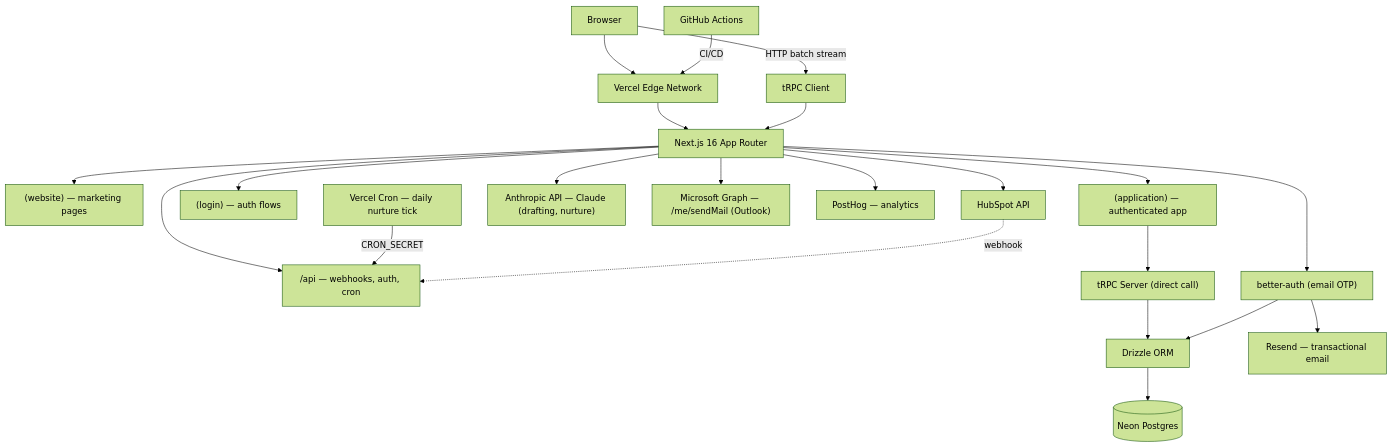
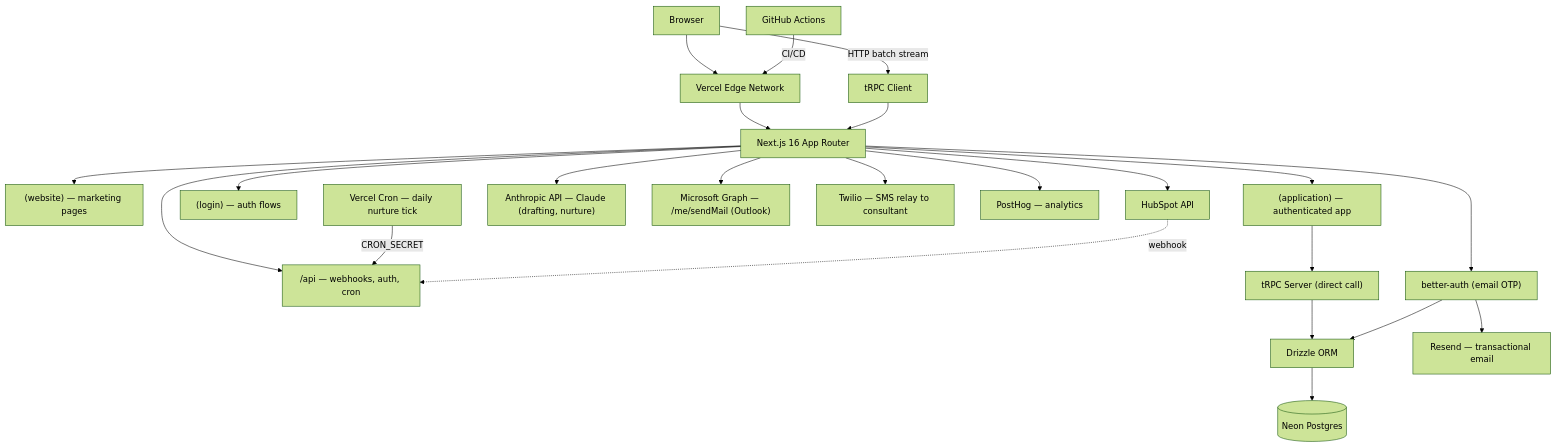
Before and after one commit to samjmarshall/rekurve: the first of 4 diagrams in docs/README.md, drawn with Mermaid (forest theme). The commit also changed other lines of this file and 42 other files, not shown here.

First line of the commit message:
feat: relay approved SMS drafts to consultant via Twilio (#163)

````diff
--- a/docs/README.md
+++ b/docs/README.md
@@ -17,31 +17,32 @@
 ```mermaid
 graph TD
     Browser --> Vercel[Vercel Edge Network]
     Vercel --> NextJS[Next.js 16 App Router]
 
     NextJS --> Website["(website) — marketing pages"]
     NextJS --> Application["(application) — authenticated app"]
     NextJS --> Login["(login) — auth flows"]
     NextJS --> API["/api — webhooks, auth, cron"]
 
     Application --> tRPC_Server["tRPC Server (direct call)"]
     Browser -->|HTTP batch stream| tRPC_Client["tRPC Client"]
     tRPC_Client --> NextJS
 
     tRPC_Server --> Drizzle[Drizzle ORM]
     Drizzle --> Neon[(Neon Postgres)]
 
     NextJS --> BetterAuth["better-auth (email OTP)"]
     BetterAuth --> Resend[Resend — transactional email]
     BetterAuth --> Drizzle
 
     NextJS --> HubSpot[HubSpot API]
     NextJS --> Anthropic["Anthropic API — Claude (drafting, nurture)"]
     NextJS --> MSGraph["Microsoft Graph — /me/sendMail (Outlook)"]
+    NextJS --> Twilio["Twilio — SMS relay to consultant"]
     NextJS --> PostHog[PostHog — analytics]
 
     Cron["Vercel Cron — daily nurture tick"] -->|CRON_SECRET| API
     HubSpot -.->|webhook| API
 
     GitHub[GitHub Actions] -->|CI/CD| Vercel
 ```
````
